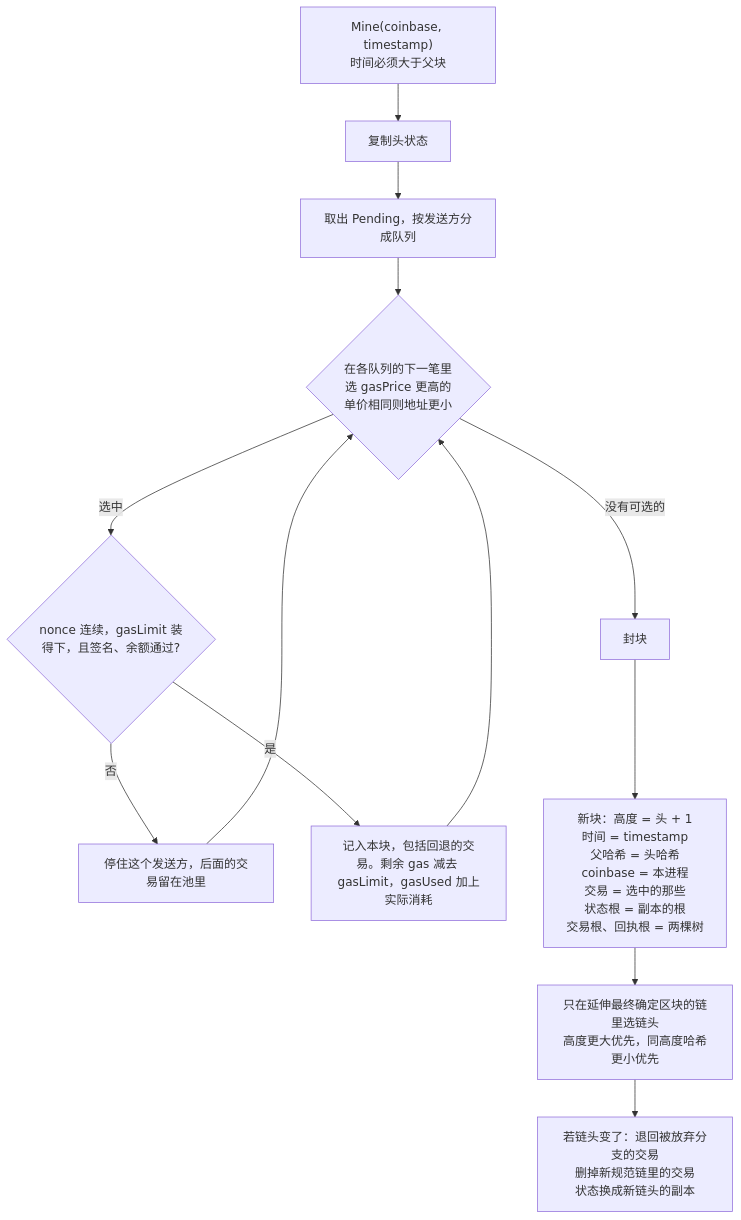
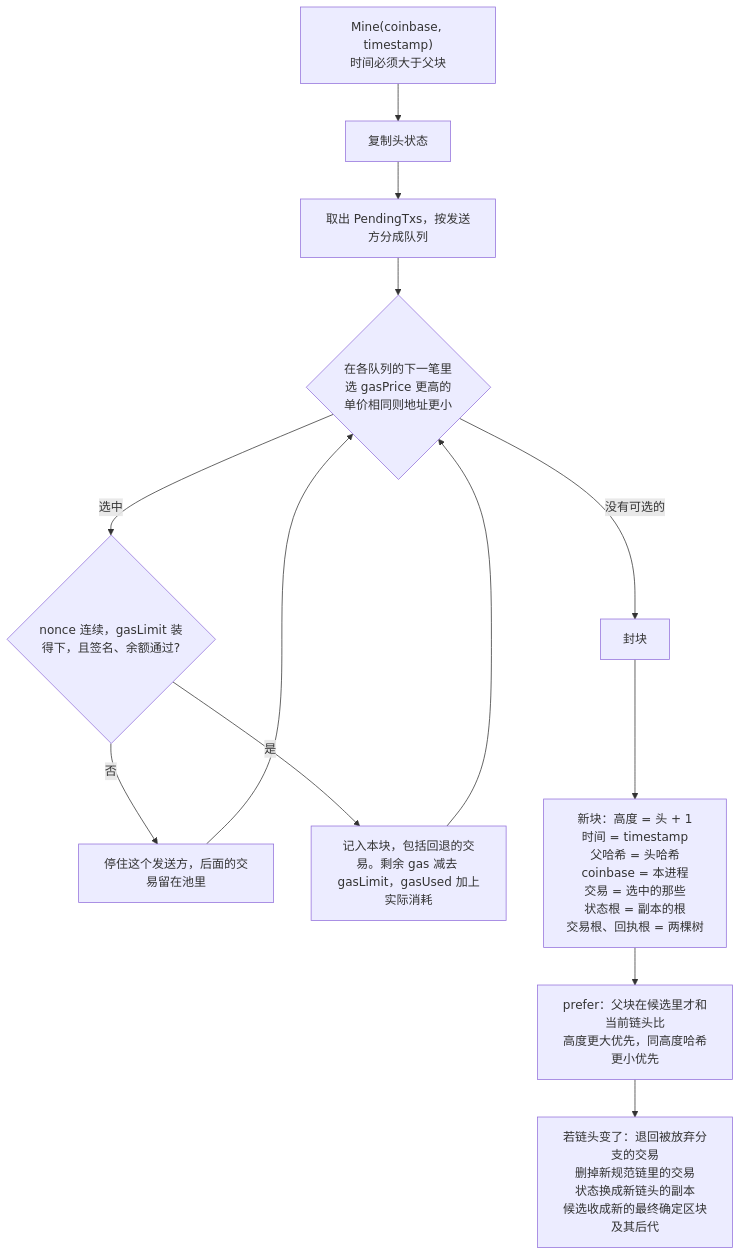
One commit to slmthydesp/minichain changed the ninth of 11 diagrams in LEARNING_GUIDE.md. Above: the diagram before and after it, drawn with Mermaid. The commit also changed other lines of this file and 26 other files, not shown here.

````diff
--- a/LEARNING_GUIDE.md
+++ b/LEARNING_GUIDE.md
@@ -174,15 +352,15 @@
 ```mermaid
 flowchart TD
   start["Mine(coinbase, timestamp)<br/>时间必须大于父块"] --> scratch["复制头状态"]
-  scratch --> pending["取出 Pending，按发送方分成队列"]
+  scratch --> pending["取出 PendingTxs，按发送方分成队列"]
   pending --> pick{"在各队列的下一笔里<br/>选 gasPrice 更高的<br/>单价相同则地址更小"}
   pick -->|"没有可选的"| seal["封块"]
   pick -->|"选中"| apply{"nonce 连续，gasLimit 装得下，且签名、余额通过?"}
   apply -->|"否"| leave["停住这个发送方，后面的交易留在池里"]
   apply -->|"是"| take["记入本块，包括回退的交易。剩余 gas 减去 gasLimit，gasUsed 加上实际消耗"]
   take --> pick
   leave --> pick
   seal --> block["新块：高度 = 头 + 1<br/>时间 = timestamp<br/>父哈希 = 头哈希<br/>coinbase = 本进程<br/>交易 = 选中的那些<br/>状态根 = 副本的根<br/>交易根、回执根 = 两棵树"]
-  block --> choice["只在延伸最终确定区块的链里选链头<br/>高度更大优先，同高度哈希更小优先"]
-  choice --> commit["若链头变了：退回被放弃分支的交易<br/>删掉新规范链里的交易<br/>状态换成新链头的副本"]
+  block --> choice["prefer：父块在候选里才和当前链头比<br/>高度更大优先，同高度哈希更小优先"]
+  choice --> commit["若链头变了：退回被放弃分支的交易<br/>删掉新规范链里的交易<br/>状态换成新链头的副本<br/>候选收成新的最终确定区块及其后代"]
 ```
````
